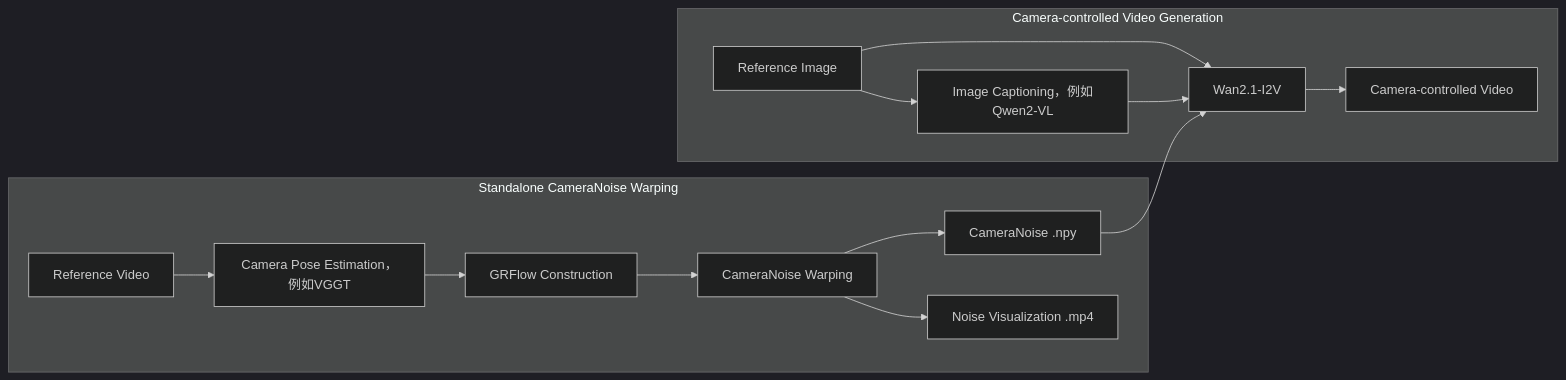
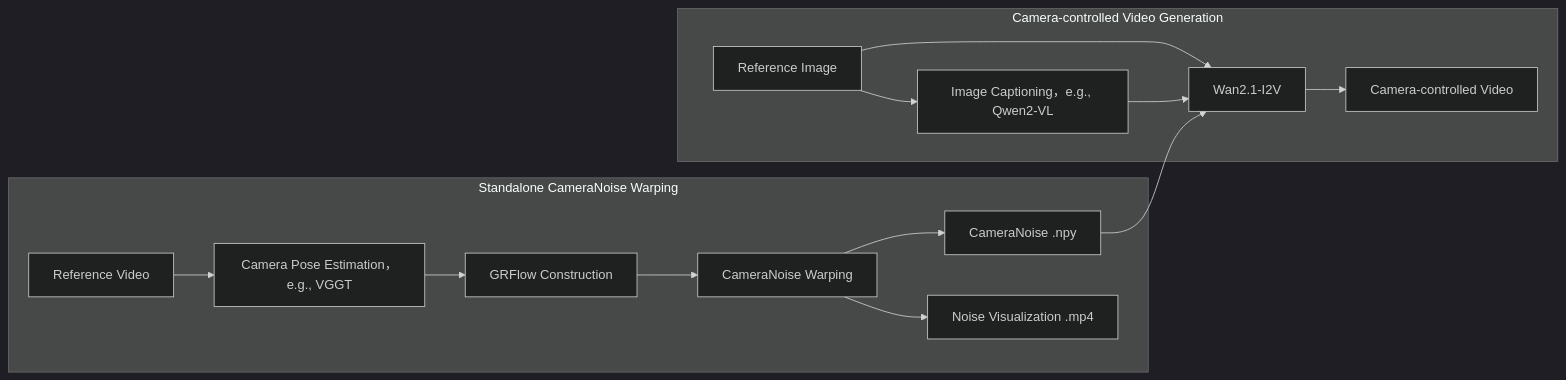
One commit to gulucaptain/CameraNoise changed the diagram in README.md. Above: the diagram before and after it, drawn with Mermaid (dark theme).

````diff
--- a/README.md
+++ b/README.md
@@ -74,18 +74,18 @@
 ```mermaid
 flowchart LR
     subgraph W[Standalone CameraNoise Warping]
-        A[Reference Video] --> B[Camera Pose Estimation，例如VGGT]
+        A[Reference Video] --> B[Camera Pose Estimation，e.g., VGGT]
         B --> C[GRFlow Construction]
         C --> D[CameraNoise Warping]
         D --> N[CameraNoise .npy]
         D --> V[Noise Visualization .mp4]
     end
 
     subgraph G[Camera-controlled Video Generation]
-        E[Reference Image] --> F[Image Captioning，例如Qwen2-VL]
+        E[Reference Image] --> F[Image Captioning，e.g., Qwen2-VL]
         E --> M[Wan2.1-I2V]
         F --> M
         N --> M
         M --> H[Camera-controlled Video]
     end
 ```
````
